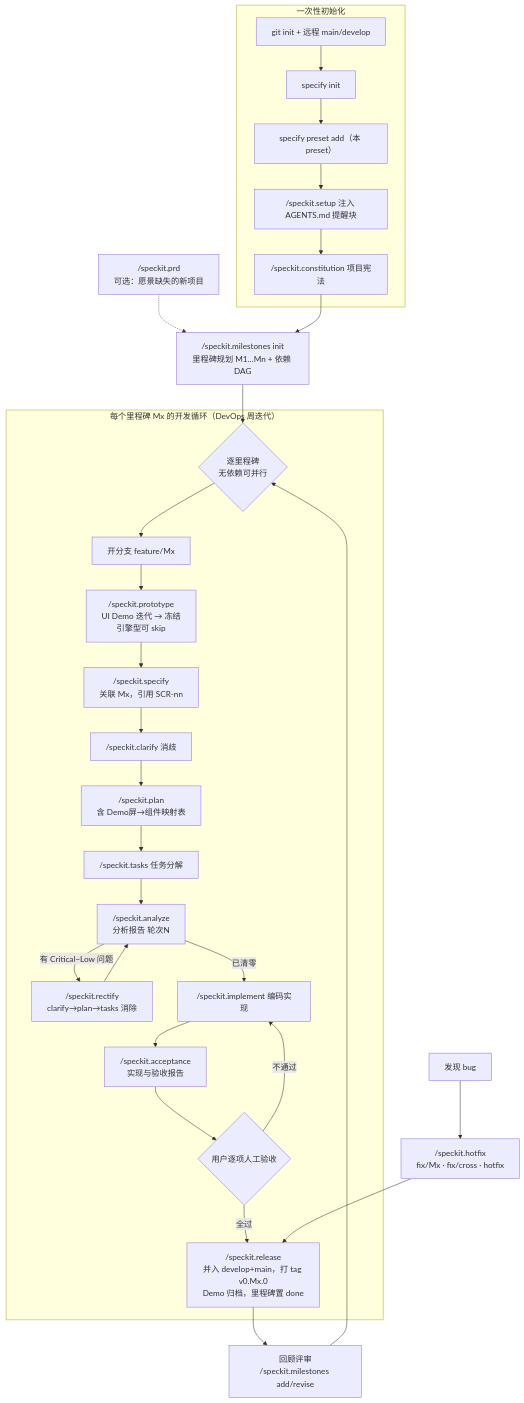
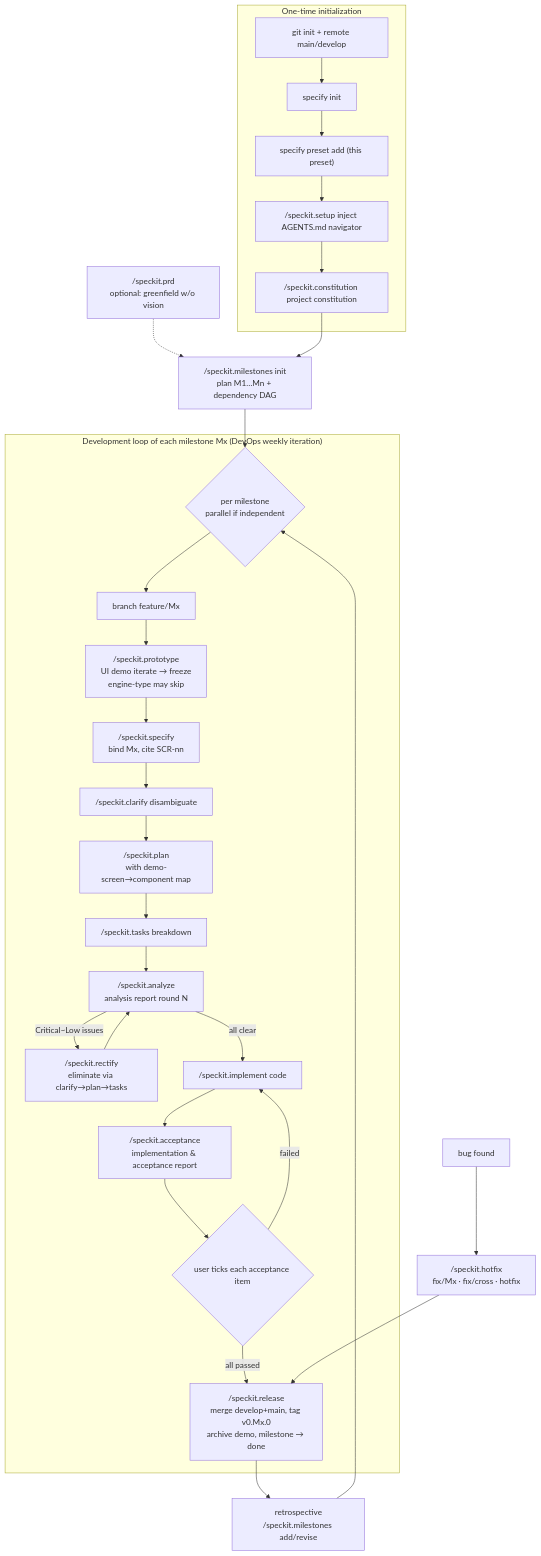
The diagram in README.md (sigentech/speckit-preset-milestone-driven-dev), drawn with Mermaid before and after one commit. The commit also changed other lines of this file and 3 other files, not shown here.

````diff
--- a/README.md
+++ b/README.md
@@ -72,32 +83,32 @@
 ```mermaid
 flowchart TD
-    subgraph INIT["一次性初始化"]
-        A["git init + 远程 main/develop"] --> B["specify init"]
-        B --> C["specify preset add（本 preset）"]
-        C --> C2["/speckit.setup 注入 AGENTS.md 提醒块"]
-        C2 --> D["/speckit.constitution 项目宪法"]
+    subgraph INIT["One-time initialization"]
+        A["git init + remote main/develop"] --> B["specify init"]
+        B --> C["specify preset add (this preset)"]
+        C --> C2["/speckit.setup inject AGENTS.md navigator"]
+        C2 --> D["/speckit.constitution project constitution"]
     end
-    PRD["/speckit.prd<br/>可选：愿景缺失的新项目"] -.-> E
-    D --> E["/speckit.milestones init<br/>里程碑规划 M1…Mn + 依赖 DAG"]
-    E --> F{"逐里程碑<br/>无依赖可并行"}
-    subgraph LOOP["每个里程碑 Mx 的开发循环（DevOps 周迭代）"]
-        F --> G["开分支 feature/Mx"]
-        G --> H["/speckit.prototype<br/>UI Demo 迭代 → 冻结<br/>引擎型可 skip"]
-        H --> I["/speckit.specify<br/>关联 Mx，引用 SCR-nn"]
-        I --> J["/speckit.clarify 消歧"]
-        J --> K["/speckit.plan<br/>含 Demo屏→组件映射表"]
-        K --> L["/speckit.tasks 任务分解"]
-        L --> M["/speckit.analyze<br/>分析报告 轮次N"]
-        M -->|有 Critical~Low 问题| N["/speckit.rectify<br/>clarify→plan→tasks 消除"]
+    PRD["/speckit.prd<br/>optional: greenfield w/o vision"] -.-> E
+    D --> E["/speckit.milestones init<br/>plan M1…Mn + dependency DAG"]
+    E --> F{"per milestone<br/>parallel if independent"}
+    subgraph LOOP["Development loop of each milestone Mx (DevOps weekly iteration)"]
+        F --> G["branch feature/Mx"]
+        G --> H["/speckit.prototype<br/>UI demo iterate → freeze<br/>engine-type may skip"]
+        H --> I["/speckit.specify<br/>bind Mx, cite SCR-nn"]
+        I --> J["/speckit.clarify disambiguate"]
+        J --> K["/speckit.plan<br/>with demo-screen→component map"]
+        K --> L["/speckit.tasks breakdown"]
+        L --> M["/speckit.analyze<br/>analysis report round N"]
+        M -->|Critical~Low issues| N["/speckit.rectify<br/>eliminate via clarify→plan→tasks"]
         N --> M
-        M -->|已清零| O["/speckit.implement 编码实现"]
-        O --> P["/speckit.acceptance<br/>实现与验收报告"]
-        P --> Q{"用户逐项人工验收"}
-        Q -->|不通过| O
-        Q -->|全过| R["/speckit.release<br/>并入 develop+main，打 tag v0.Mx.0<br/>Demo 归档，里程碑置 done"]
+        M -->|all clear| O["/speckit.implement code"]
+        O --> P["/speckit.acceptance<br/>implementation & acceptance report"]
+        P --> Q{"user ticks each acceptance item"}
+        Q -->|failed| O
+        Q -->|all passed| R["/speckit.release<br/>merge develop+main, tag v0.Mx.0<br/>archive demo, milestone → done"]
     end
-    R --> S["回顾评审<br/>/speckit.milestones add/revise"]
+    R --> S["retrospective<br/>/speckit.milestones add/revise"]
     S --> F
-    BUG["发现 bug"] --> T["/speckit.hotfix<br/>fix/Mx · fix/cross · hotfix"]
+    BUG["bug found"] --> T["/speckit.hotfix<br/>fix/Mx · fix/cross · hotfix"]
     T --> R
 ```
````
